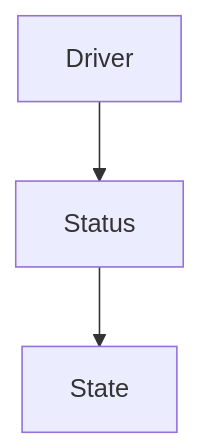
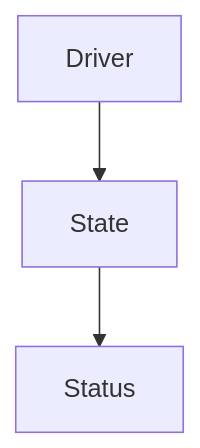
One commit to yuri-schmaltz/my-rayforge changed the third of 4 diagrams in docs/driver.md. Above: the diagram before and after it, drawn with Mermaid.

Commit message:
fix: composition order in driver docs

````diff
--- a/docs/driver.md
+++ b/docs/driver.md
@@ -47,4 +47,4 @@
 ```mermaid
 graph TD;
-    Driver-->Status-->State;
+    Driver-->State-->Status;
 ```
````
